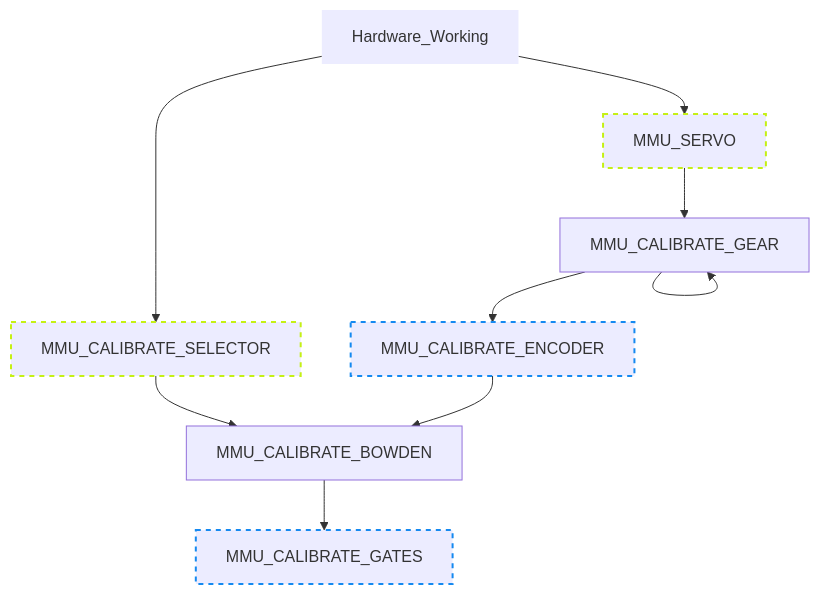
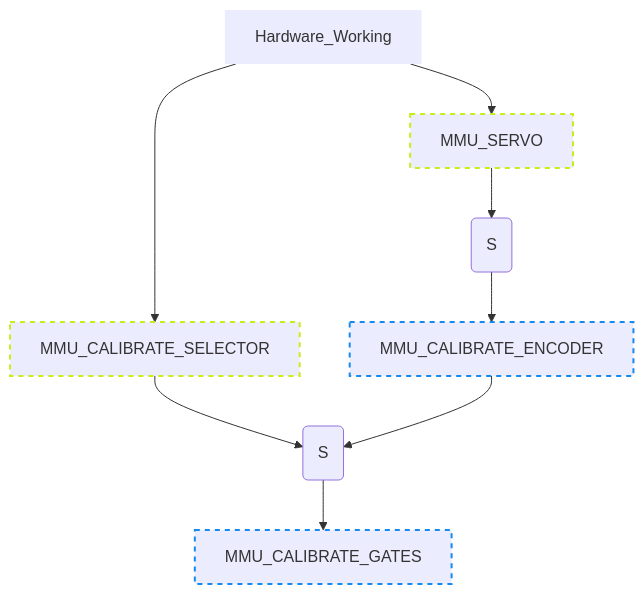
The first of 2 diagrams in MMU-Calibration.md (3DCoded/Happy-Hare), drawn with Mermaid before and after one commit.

````diff
--- a/MMU-Calibration.md
+++ b/MMU-Calibration.md
@@ -22,17 +22,16 @@
 ```mermaid
 graph TD;
     Hardware_Working --> MMU_SERVO
     Hardware_Working --> MMU_CALIBRATE_SELECTOR
     MMU_CALIBRATE_SELECTOR --> MMU_CALIBRATE_BOWDEN
-    MMU_SERVO --> MMU_CALIBRATE_GEAR
-    MMU_CALIBRATE_GEAR --> MMU_CALIBRATE_GEAR
-    MMU_CALIBRATE_GEAR --> MMU_CALIBRATE_ENCODER
-    MMU_CALIBRATE_ENCODER --> MMU_CALIBRATE_BOWDEN
-    MMU_CALIBRATE_BOWDEN --> MMU_CALIBRATE_GATES
+    MMU_SERVO --> MMU_CALIBRATE_GEAR(S)
+    MMU_CALIBRATE_GEAR(S) --> MMU_CALIBRATE_ENCODER
+    MMU_CALIBRATE_ENCODER --> MMU_CALIBRATE_BOWDEN(S)
+    MMU_CALIBRATE_BOWDEN(S) --> MMU_CALIBRATE_GATES
 
     style Hardware_Working stroke-width:0px
     style MMU_SERVO stroke-dasharray: 5 5, stroke:#c5f015, stroke-width:2px
     style MMU_CALIBRATE_SELECTOR stroke-dasharray: 5 5, stroke:#c5f015, stroke-width:2px
     style MMU_CALIBRATE_ENCODER stroke-dasharray: 5 5, stroke:#1589f0, stroke-width:2px
     style MMU_CALIBRATE_GATES stroke-dasharray: 5 5, stroke:#1589f0, stroke-width:2px
 ```
````
